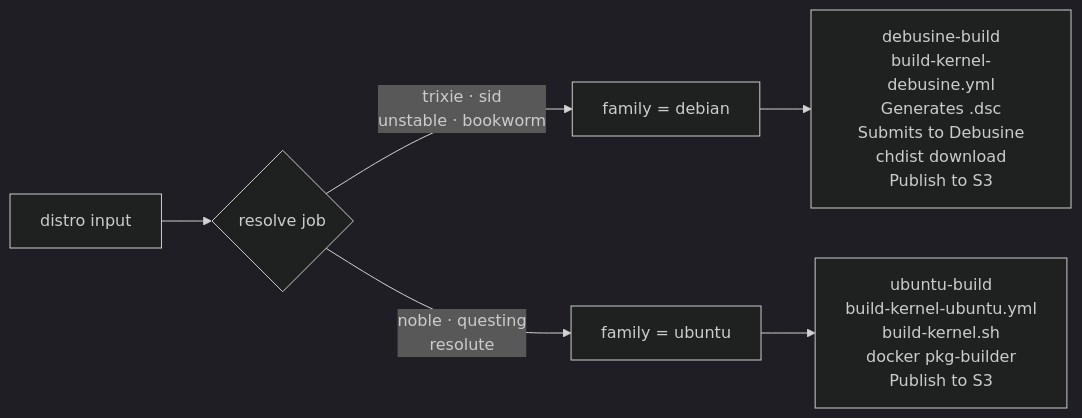
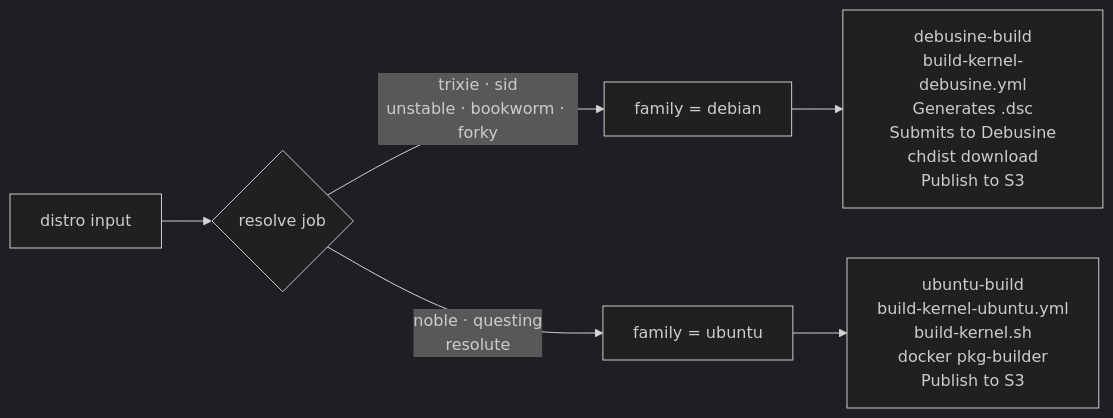
Before and after one commit to qualcomm-linux/pkg-linux-qcom: the second of 5 diagrams in README.md, drawn with Mermaid (dark theme). The commit also changed 2 other files, not shown here.

Commit message:
ci: fix whitespace, stale permission, and missing suite in README
- build-kernel-deb.yml: remove extra spaces before && on kver-extra line
- daily.yml: remove stale id-token: write permission; Debusine auth uses
  DEBUSINE_TOKEN (secret-based), not OIDC
- README.md: add forky to suite routing diagram; resolve classifies it as
  debian-family but it was missing from the diagram label

````diff
--- a/README.md
+++ b/README.md
@@ -52,10 +52,10 @@
 ```mermaid
 flowchart LR
     IN["distro input"] --> R{resolve job}
 
-    R -->|"trixie · sid\nunstable · bookworm"| DEB["family = debian"]
+    R -->|"trixie · sid\nunstable · bookworm · forky"| DEB["family = debian"]
     R -->|"noble · questing\nresolute"| UBU["family = ubuntu"]
 
     DEB --> DB["debusine-build\nbuild-kernel-debusine.yml\nGenerates .dsc\nSubmits to Debusine\nchdist download\nPublish to S3"]
     UBU --> UB["ubuntu-build\nbuild-kernel-ubuntu.yml\nbuild-kernel.sh\ndocker pkg-builder\nPublish to S3"]
 ```
````
